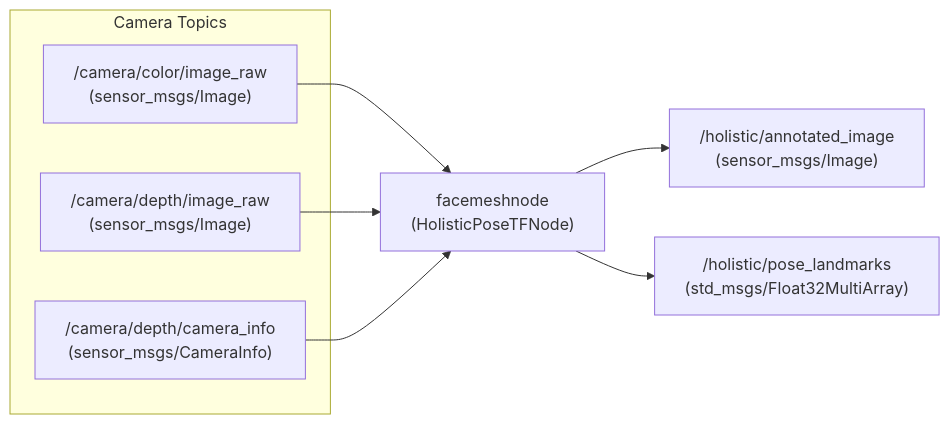
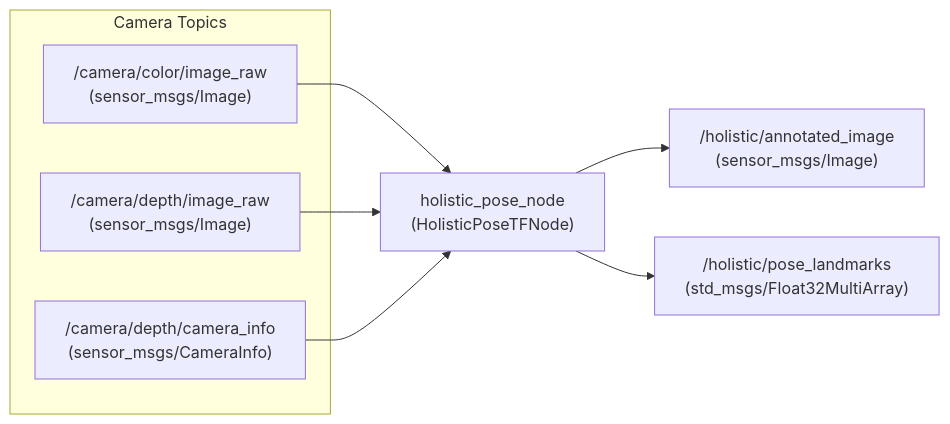
Before and after one commit to iHaruruki/mediapipe_ros2: the diagram in README.md, drawn with Mermaid.

````diff
--- a/README.md
+++ b/README.md
@@ -6,23 +6,23 @@
 ```mermaid
 flowchart LR
   %% ---------- Input topics ----------
   subgraph Camera Topics
     CIMG["/camera/color/image_raw<br/>(sensor_msgs/Image)"]
     DIMG["/camera/depth/image_raw<br/>(sensor_msgs/Image)"]
     DINFO["/camera/depth/camera_info<br/>(sensor_msgs/CameraInfo)"]
   end
 
   %% ---------- Node ----------
-  NODE["facemeshnode<br/>(HolisticPoseTFNode)"]
+  NODE["holistic_pose_node<br/>(HolisticPoseTFNode)"]
 
   CIMG --> NODE
   DIMG --> NODE
   DINFO --> NODE
 
   %% ---------- Output topics ----------
   ANN["/holistic/annotated_image<br/>(sensor_msgs/Image)"]
   LM["/holistic/pose_landmarks<br/>(std_msgs/Float32MultiArray)"]
 
   NODE --> ANN
   NODE --> LM
 ```
````
